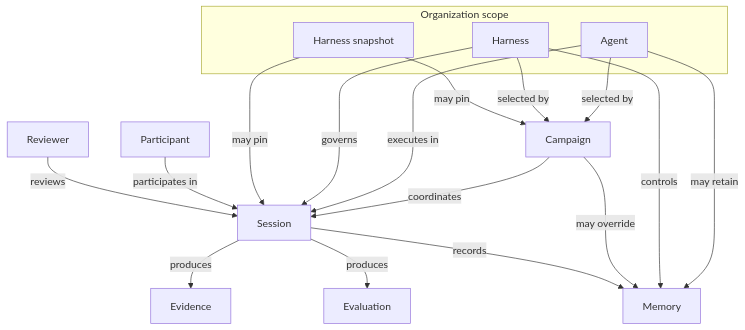
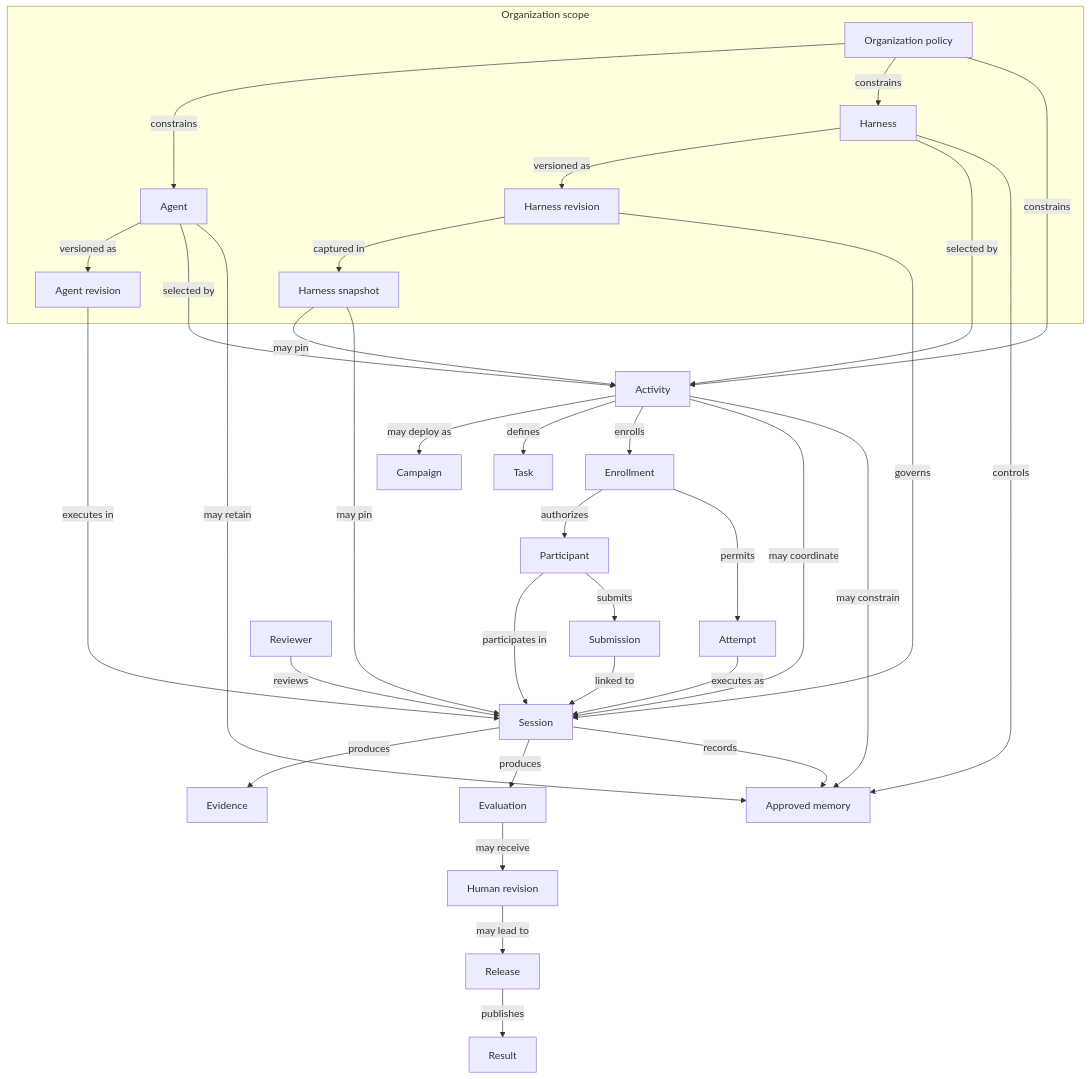
One commit to trannamtrung1st/flex-agent changed the diagram in docs/product/concept-model.md. Above: the diagram before and after it, drawn with Mermaid. The commit also changed other lines of this file and 18 other files, not shown here.

````diff
--- a/docs/product/concept-model.md
+++ b/docs/product/concept-model.md
@@ -163,32 +293,60 @@
 ```mermaid
 flowchart TB
   subgraph orgScope [Organization scope]
+    OrgPolicy[Organization policy]
     Agent[Agent]
+    AgentRevision[Agent revision]
     Harness[Harness]
+    HarnessRevision[Harness revision]
     HarnessSnapshot[Harness snapshot]
   end
 
+  Activity[Activity]
   Campaign[Campaign]
+  Task[Task]
+  Enrollment[Enrollment]
+  Attempt[Attempt]
   Session[Session]
+  Submission[Submission]
   Participant[Participant]
   Reviewer[Reviewer]
   Evidence[Evidence]
   Evaluation[Evaluation]
-  Memory[Memory]
+  HumanRevision[Human revision]
+  Result[Result]
+  Release[Release]
+  ApprovedMemory[Approved memory]
 
-  Agent -->|"selected by"| Campaign
-  Harness -->|"selected by"| Campaign
-  HarnessSnapshot -->|"may pin"| Campaign
-  Campaign -->|"coordinates"| Session
-  Agent -->|"executes in"| Session
-  Harness -->|"governs"| Session
+  OrgPolicy -->|"constrains"| Agent
+  OrgPolicy -->|"constrains"| Harness
+  OrgPolicy -->|"constrains"| Activity
+  Agent -->|"versioned as"| AgentRevision
+  Harness -->|"versioned as"| HarnessRevision
+  HarnessRevision -->|"captured in"| HarnessSnapshot
+  Agent -->|"selected by"| Activity
+  Harness -->|"selected by"| Activity
+  HarnessSnapshot -->|"may pin"| Activity
+  Activity -->|"may deploy as"| Campaign
+  Activity -->|"defines"| Task
+  Activity -->|"enrolls"| Enrollment
+  Enrollment -->|"authorizes"| Participant
+  Enrollment -->|"permits"| Attempt
+  Attempt -->|"executes as"| Session
+  Activity -->|"may coordinate"| Session
+  AgentRevision -->|"executes in"| Session
+  HarnessRevision -->|"governs"| Session
   HarnessSnapshot -->|"may pin"| Session
   Participant -->|"participates in"| Session
+  Participant -->|"submits"| Submission
+  Submission -->|"linked to"| Session
   Reviewer -->|"reviews"| Session
   Session -->|"produces"| Evidence
   Session -->|"produces"| Evaluation
-  Agent -->|"may retain"| Memory
-  Harness -->|"controls"| Memory
-  Campaign -->|"may override"| Memory
-  Session -->|"records"| Memory
+  Evaluation -->|"may receive"| HumanRevision
+  HumanRevision -->|"may lead to"| Release
+  Release -->|"publishes"| Result
+  Agent -->|"may retain"| ApprovedMemory
+  Harness -->|"controls"| ApprovedMemory
+  Activity -->|"may constrain"| ApprovedMemory
+  Session -->|"records"| ApprovedMemory
 ```
````
